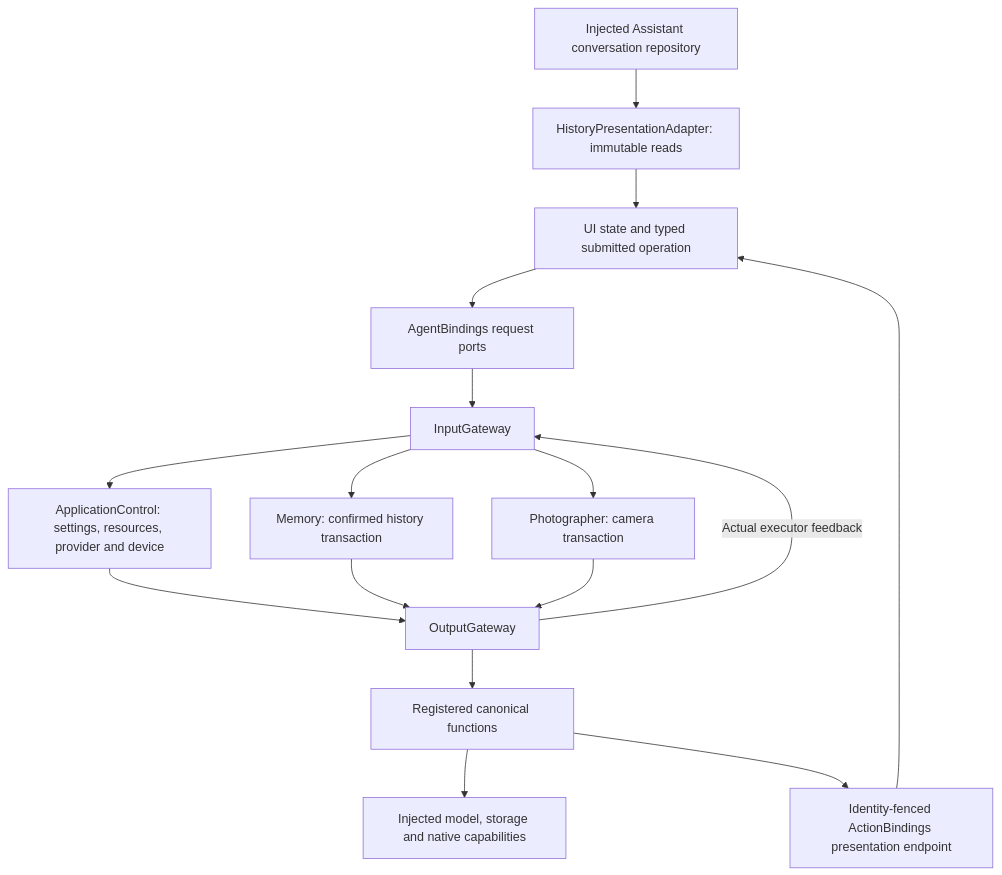
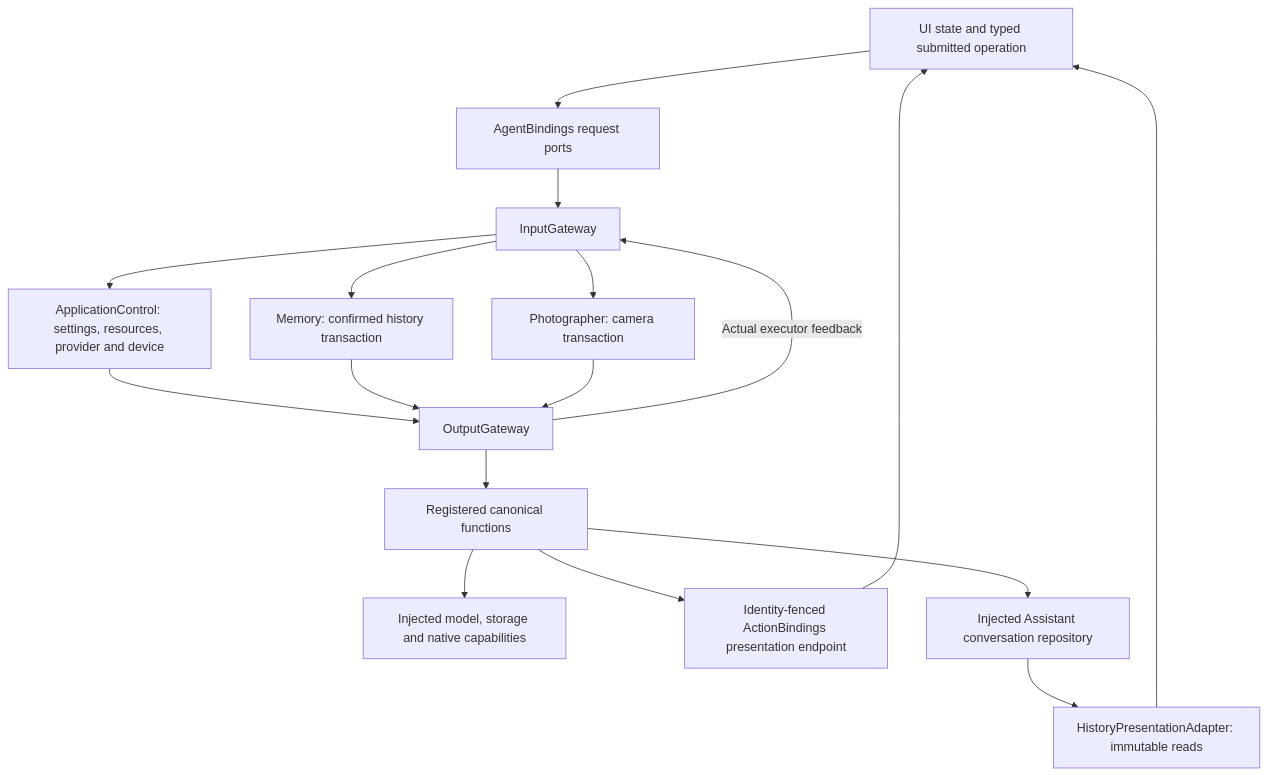
One commit to devilyouwei/MobileHarness changed diagram 23 of 33 in MobileHarness/README.md. Above: the diagram before and after it, drawn with Mermaid. The commit also changed other lines of this file and 17 other files, not shown here.

````diff
--- a/MobileHarness/README.md
+++ b/MobileHarness/README.md
@@ -983,18 +1034,19 @@
 ```mermaid
 flowchart TB
     UI[UI state and typed submitted operation] --> Facade[AgentBindings request ports]
     Facade --> Input[InputGateway]
     Input --> Control[ApplicationControl: settings, resources, provider and device]
     Input --> Memory[Memory: confirmed history transaction]
     Input --> Photographer[Photographer: camera transaction]
     Control --> Output[OutputGateway]
     Memory --> Output
     Photographer --> Output
     Output --> Functions[Registered canonical functions]
     Functions --> Native[Injected model, storage and native capabilities]
     Functions --> Present[Identity-fenced ActionBindings presentation endpoint]
     Present --> UI
     Output -->|Actual executor feedback| Input
-    Repositories[Injected Assistant conversation repository] --> Reads[HistoryPresentationAdapter: immutable reads]
+    Functions --> Repositories[Injected Assistant conversation repository]
+    Repositories --> Reads[HistoryPresentationAdapter: immutable reads]
     Reads --> UI
 ```
````
